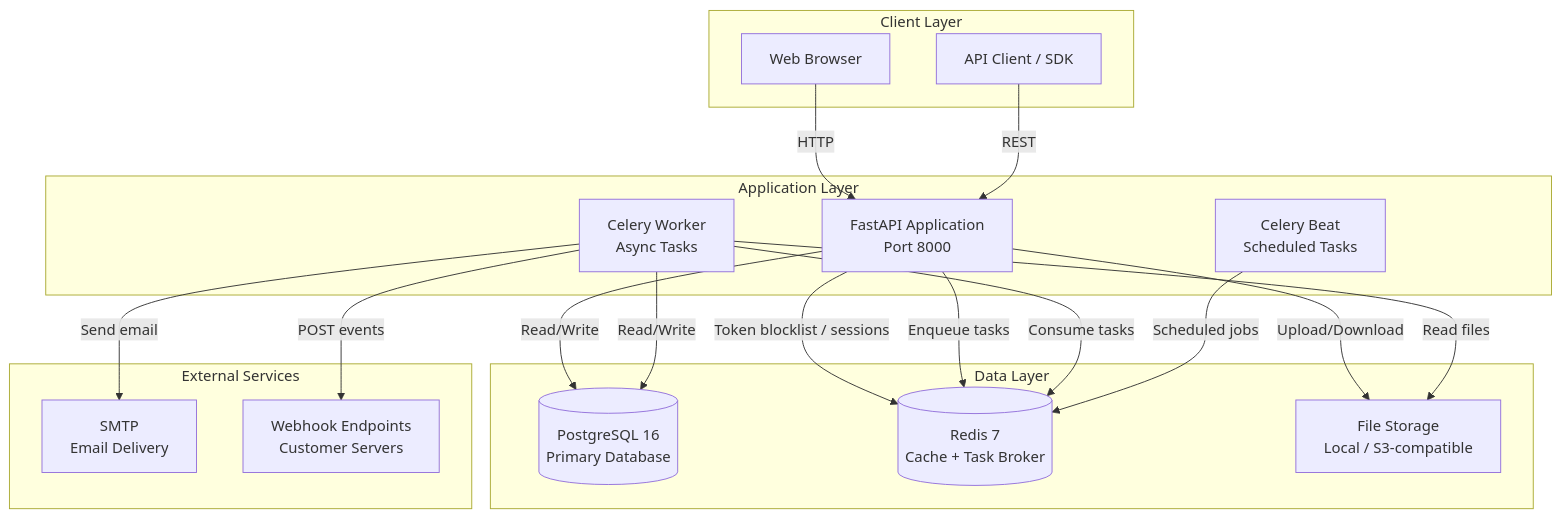
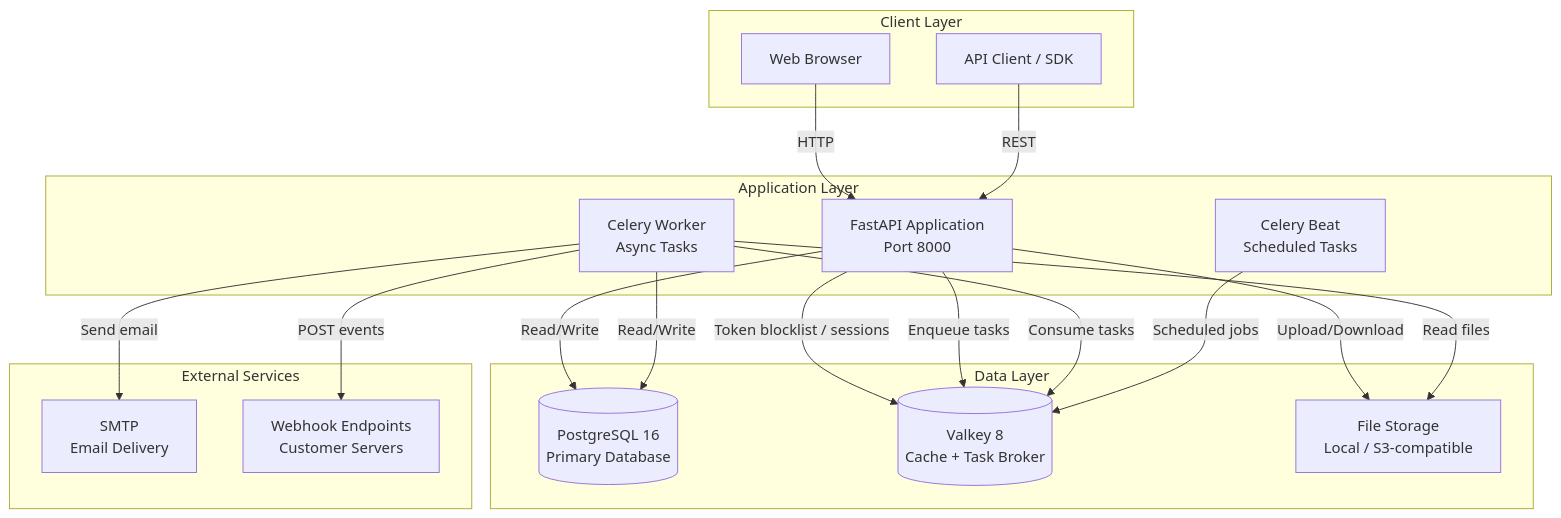
Before and after one commit to joestein/data-seal: the diagram in README.md, drawn with Mermaid. The commit also changed other lines of this file and 15 other files, not shown here.

First line of the commit message:
refactor: migrate from Redis to Valkey across entire codebase

````diff
--- a/README.md
+++ b/README.md
@@ -144,37 +144,37 @@
 ```mermaid
 graph TB
     subgraph "Client Layer"
         WEB[Web Browser]
         APICLIENT[API Client / SDK]
     end
 
     subgraph "Application Layer"
         FASTAPI[FastAPI Application<br/>Port 8000]
         WORKER[Celery Worker<br/>Async Tasks]
         BEAT[Celery Beat<br/>Scheduled Tasks]
     end
 
     subgraph "Data Layer"
         PG[(PostgreSQL 16<br/>Primary Database)]
-        REDIS[(Redis 7<br/>Cache + Task Broker)]
+        VALKEY[(Valkey 8<br/>Cache + Task Broker)]
         FS[File Storage<br/>Local / S3-compatible]
     end
 
     subgraph "External Services"
         SMTP[SMTP<br/>Email Delivery]
         WHOOK[Webhook Endpoints<br/>Customer Servers]
     end
 
     WEB -->|HTTP| FASTAPI
     APICLIENT -->|REST| FASTAPI
     FASTAPI -->|Read/Write| PG
-    FASTAPI -->|Token blocklist / sessions| REDIS
+    FASTAPI -->|Token blocklist / sessions| VALKEY
     FASTAPI -->|Upload/Download| FS
-    FASTAPI -->|Enqueue tasks| REDIS
-    WORKER -->|Consume tasks| REDIS
+    FASTAPI -->|Enqueue tasks| VALKEY
+    WORKER -->|Consume tasks| VALKEY
     WORKER -->|Read/Write| PG
     WORKER -->|Read files| FS
     WORKER -->|Send email| SMTP
     WORKER -->|POST events| WHOOK
-    BEAT -->|Scheduled jobs| REDIS
+    BEAT -->|Scheduled jobs| VALKEY
 ```
````
